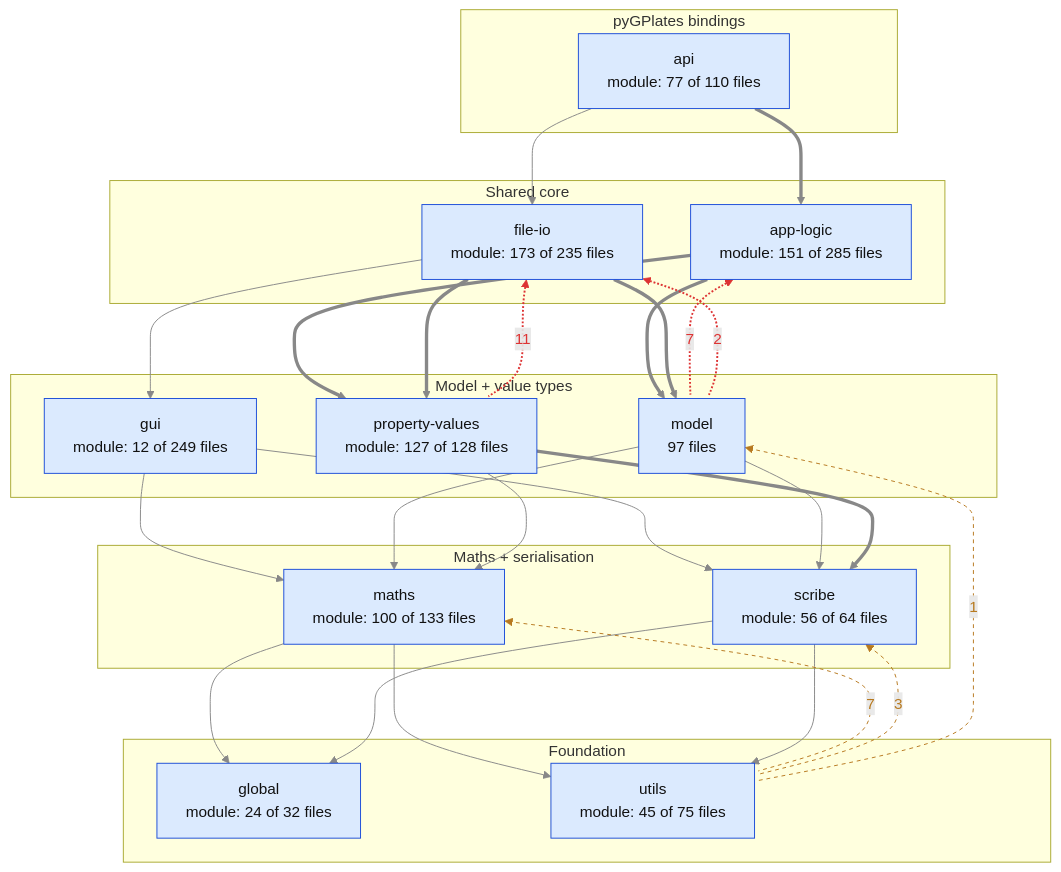
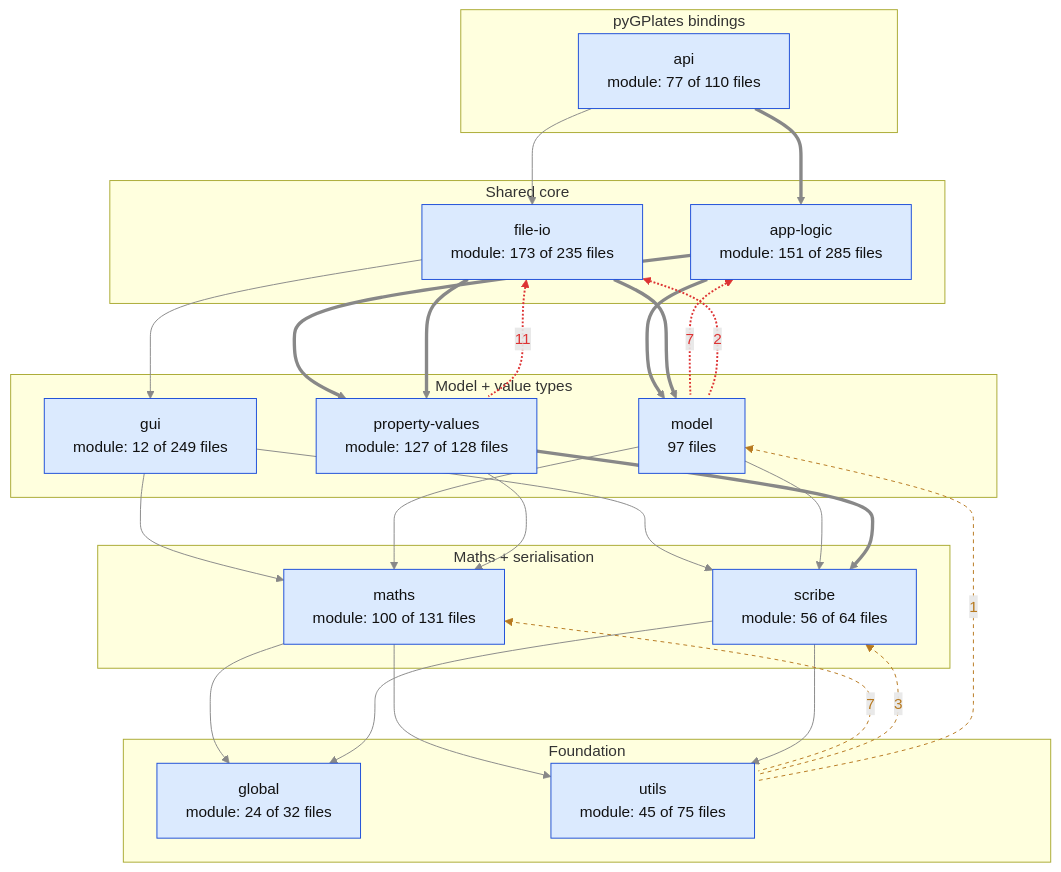
Before and after one commit to GPlates/GPlates: the second of 2 diagrams in docs/design/architecture/dependency-matrix.md, drawn with Mermaid. The commit also changed other lines of this file and 20 other files, not shown here.

````diff
--- a/docs/design/architecture/dependency-matrix.md
+++ b/docs/design/architecture/dependency-matrix.md
@@ -141,51 +141,51 @@
 ```mermaid
 flowchart TD
   subgraph L0 ["Foundation"]
     global["global<br/>module: 24 of 32 files"]:::module
     utils["utils<br/>module: 45 of 75 files"]:::module
   end
   subgraph L1 ["Maths + serialisation"]
-    maths["maths<br/>module: 100 of 133 files"]:::module
+    maths["maths<br/>module: 100 of 131 files"]:::module
     scribe["scribe<br/>module: 56 of 64 files"]:::module
   end
   subgraph L2 ["Model + value types"]
     model["model<br/>97 files"]:::module
     property_values["property-values<br/>module: 127 of 128 files"]:::module
     gui["gui<br/>module: 12 of 249 files"]:::module
   end
   subgraph L3 ["Shared core"]
     file_io["file-io<br/>module: 173 of 235 files"]:::module
     app_logic["app-logic<br/>module: 151 of 285 files"]:::module
   end
   subgraph L4 ["pyGPlates bindings"]
     api["api<br/>module: 77 of 110 files"]:::module
   end
   maths --> global
   maths --> utils
   scribe --> global
   scribe --> utils
   gui --> maths
   gui --> scribe
   model --> maths
   model --> scribe
   property_values --> maths
   property_values ==> scribe
   app_logic ==> model
   app_logic ==> property_values
   file_io --> gui
   file_io ==> model
   file_io ==> property_values
   api ==> app_logic
   api --> file_io
   file_io <-.->|11| property_values
   app_logic <-.->|7| model
   file_io <-.->|2| model
   maths <-.->|7| utils
   scribe <-.->|3| utils
   model <-.->|1| utils
   classDef module fill:#dbeafe,stroke:#1d4ed8,color:#111
   classDef gplates fill:#f3f4f6,stroke:#6b7280,color:#111
   linkStyle 0,1,2,3,4,5,6,7,8,9,10,11,12,13,14,15,16 stroke:#888
   linkStyle 20,21,22 stroke:#b7791f,stroke-dasharray:4 4,color:#b7791f,marker-end:none
   linkStyle 17,18,19 stroke:#d33,stroke-width:2px,color:#d33,marker-end:none
 ```
````
